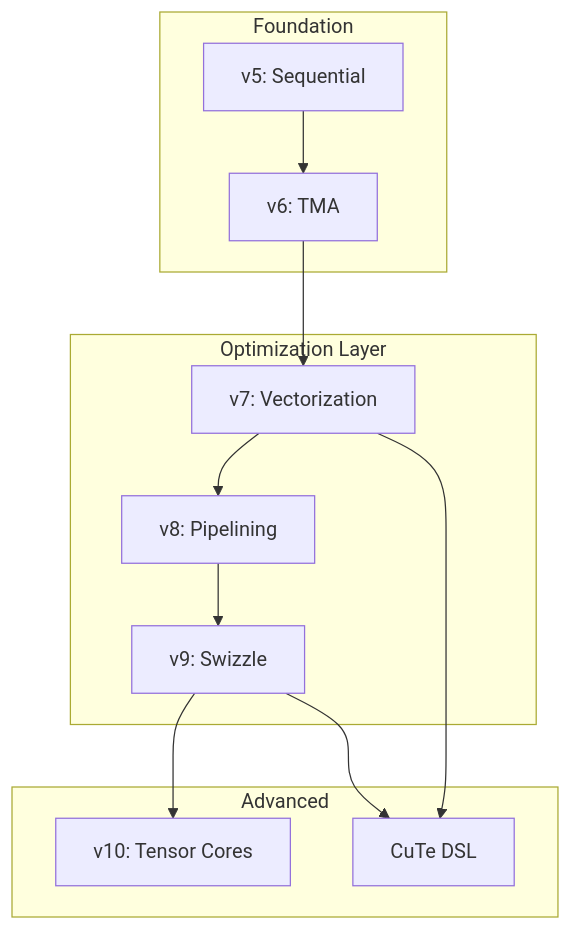
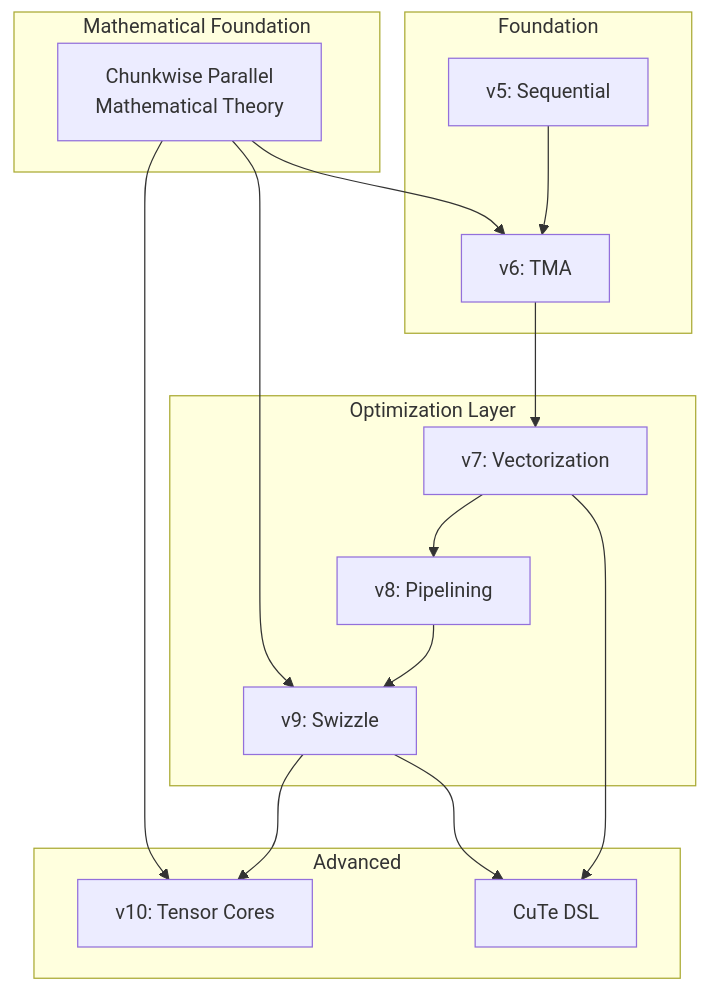
Diagram 12 of 12 in .qoder/repowiki/en/content/GDN Prefill Kernel Optimization.md (gugudeshubao/flashinfer-bench-tma-thrust), drawn with Mermaid before and after one commit. The commit also changed other lines of this file and 10 other files, not shown here.

````diff
--- a/.qoder/repowiki/en/content/GDN Prefill Kernel Optimization.md
+++ b/.qoder/repowiki/en/content/GDN Prefill Kernel Optimization.md
@@ -383,23 +647,29 @@
 ```mermaid
 graph TB
 subgraph "Foundation"
 V5["v5: Sequential"]
 V6["v6: TMA"]
 end
 subgraph "Optimization Layer"
 V7["v7: Vectorization"]
 V8["v8: Pipelining"]
 V9["v9: Swizzle"]
 end
 subgraph "Advanced"
 V10["v10: Tensor Cores"]
 DSL["CuTe DSL"]
 end
+subgraph "Mathematical Foundation"
+CP["Chunkwise Parallel<br/>Mathematical Theory"]
+end
 V5 --> V6
 V6 --> V7
 V7 --> V8
 V8 --> V9
 V9 --> V10
 V7 --> DSL
 V9 --> DSL
+CP --> V6
+CP --> V9
+CP --> V10
 ```
````
